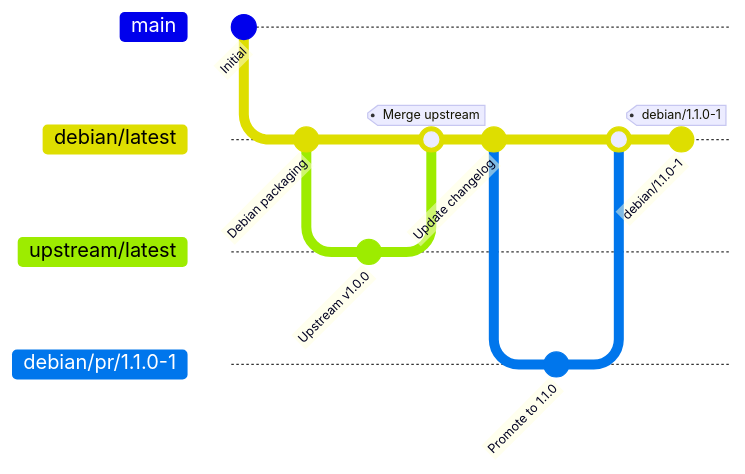
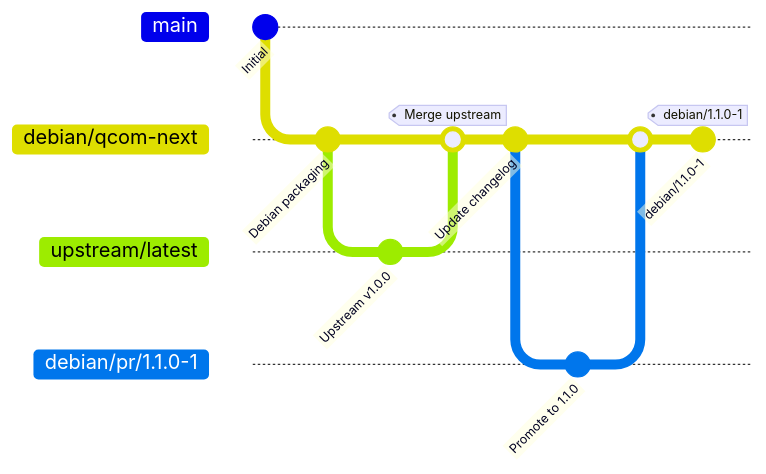
The first of 4 diagrams in docs/package-repo-integration.md (vemana1niranjan/qcom-build-utils), drawn with Mermaid before and after one commit. The commit also changed other lines of this file and 6 other files, not shown here.

Commit message:
Update references from debian/latest to debian/qcom-next in workflows and documentation

````diff
--- a/docs/package-repo-integration.md
+++ b/docs/package-repo-integration.md
@@ -48,16 +48,16 @@
 ```mermaid
 gitGraph
     commit id: "Initial"
-    branch debian/latest
+    branch debian/qcom-next
     commit id: "Debian packaging"
     branch upstream/latest
     commit id: "Upstream v1.0.0"
-    checkout debian/latest
+    checkout debian/qcom-next
     merge upstream/latest tag: "Merge upstream"
     commit id: "Update changelog"
     branch debian/pr/1.1.0-1
     commit id: "Promote to 1.1.0"
-    checkout debian/latest
+    checkout debian/qcom-next
     merge debian/pr/1.1.0-1
     commit id: "debian/1.1.0-1" tag: "debian/1.1.0-1"
 ```
````
